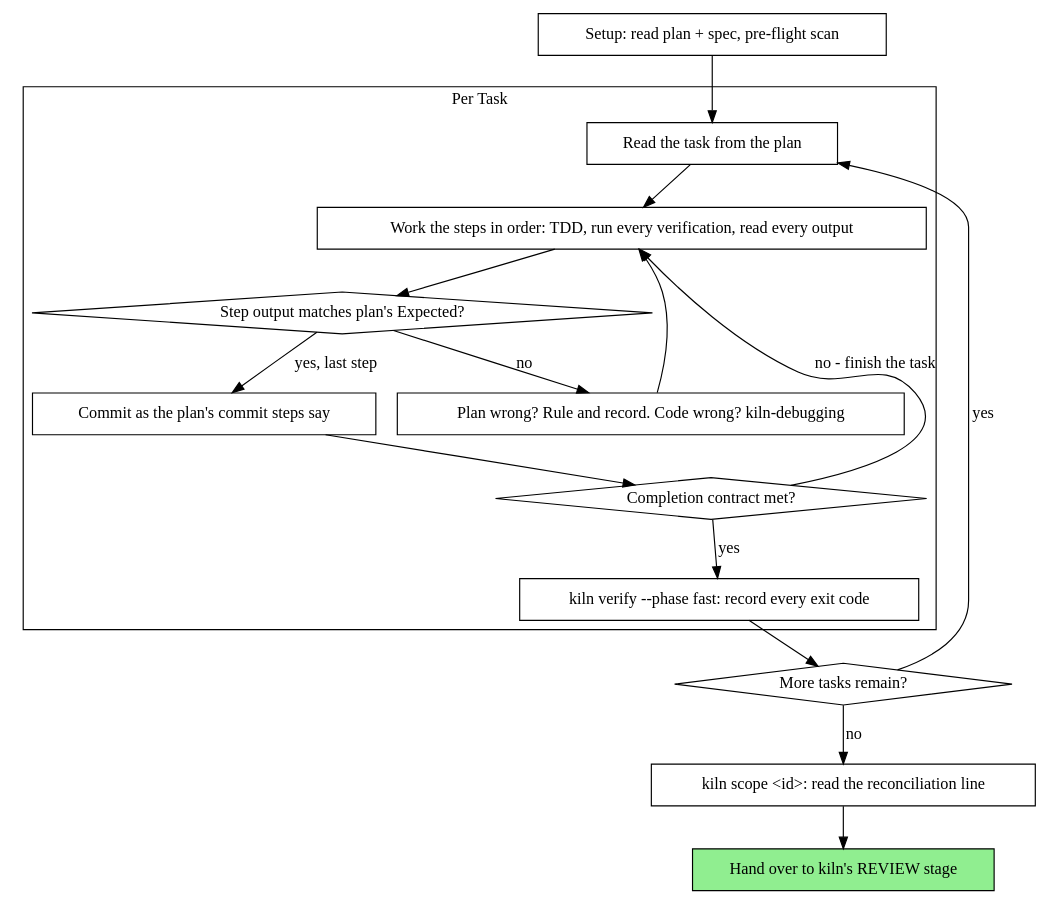
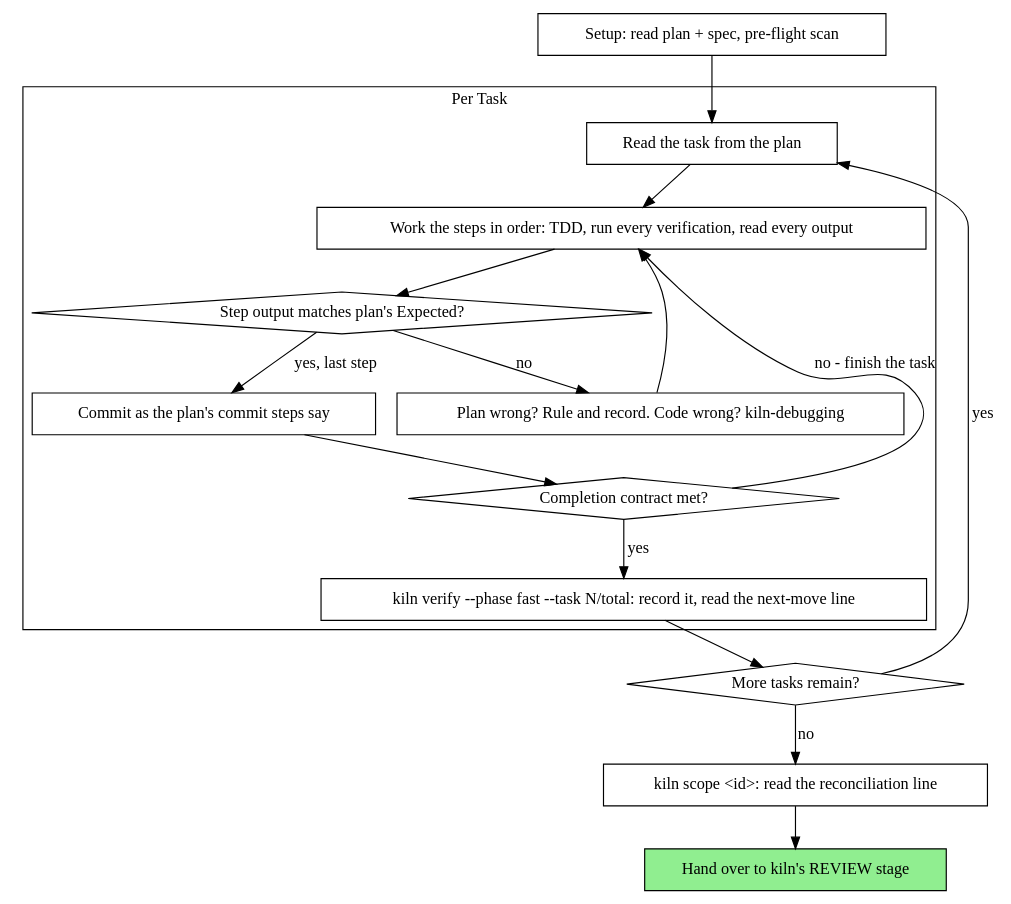
One commit to ttncode/kiln changed the diagram in skills/kiln-implement/SKILL.md. Above: the diagram before and after it, drawn with Graphviz. The commit also changed other lines of this file and 5 other files, not shown here.

````diff
--- a/skills/kiln-implement/SKILL.md
+++ b/skills/kiln-implement/SKILL.md
@@ -59,35 +66,35 @@
 ```dot
 digraph process {
     rankdir=TB;
 
     subgraph cluster_per_task {
         label="Per Task";
         "Read the task from the plan" [shape=box];
         "Work the steps in order: TDD, run every verification, read every output" [shape=box];
         "Step output matches plan's Expected?" [shape=diamond];
         "Plan wrong? Rule and record. Code wrong? kiln-debugging" [shape=box];
         "Commit as the plan's commit steps say" [shape=box];
         "Completion contract met?" [shape=diamond];
-        "kiln verify --phase fast: record every exit code" [shape=box];
+        "kiln verify --phase fast --task N/total: record it, read the next-move line" [shape=box];
     }
 
     "Setup: read plan + spec, pre-flight scan" [shape=box];
     "More tasks remain?" [shape=diamond];
     "kiln scope <id>: read the reconciliation line" [shape=box];
     "Hand over to kiln's REVIEW stage" [shape=box style=filled fillcolor=lightgreen];
 
     "Setup: read plan + spec, pre-flight scan" -> "Read the task from the plan";
     "Read the task from the plan" -> "Work the steps in order: TDD, run every verification, read every output";
     "Work the steps in order: TDD, run every verification, read every output" -> "Step output matches plan's Expected?";
     "Step output matches plan's Expected?" -> "Plan wrong? Rule and record. Code wrong? kiln-debugging" [label="no"];
     "Plan wrong? Rule and record. Code wrong? kiln-debugging" -> "Work the steps in order: TDD, run every verification, read every output";
     "Step output matches plan's Expected?" -> "Commit as the plan's commit steps say" [label="yes, last step"];
     "Commit as the plan's commit steps say" -> "Completion contract met?";
     "Completion contract met?" -> "Work the steps in order: TDD, run every verification, read every output" [label="no - finish the task"];
-    "Completion contract met?" -> "kiln verify --phase fast: record every exit code" [label="yes"];
-    "kiln verify --phase fast: record every exit code" -> "More tasks remain?";
+    "Completion contract met?" -> "kiln verify --phase fast --task N/total: record it, read the next-move line" [label="yes"];
+    "kiln verify --phase fast --task N/total: record it, read the next-move line" -> "More tasks remain?";
     "More tasks remain?" -> "Read the task from the plan" [label="yes"];
     "More tasks remain?" -> "kiln scope <id>: read the reconciliation line" [label="no"];
     "kiln scope <id>: read the reconciliation line" -> "Hand over to kiln's REVIEW stage";
 }
 ```
````
